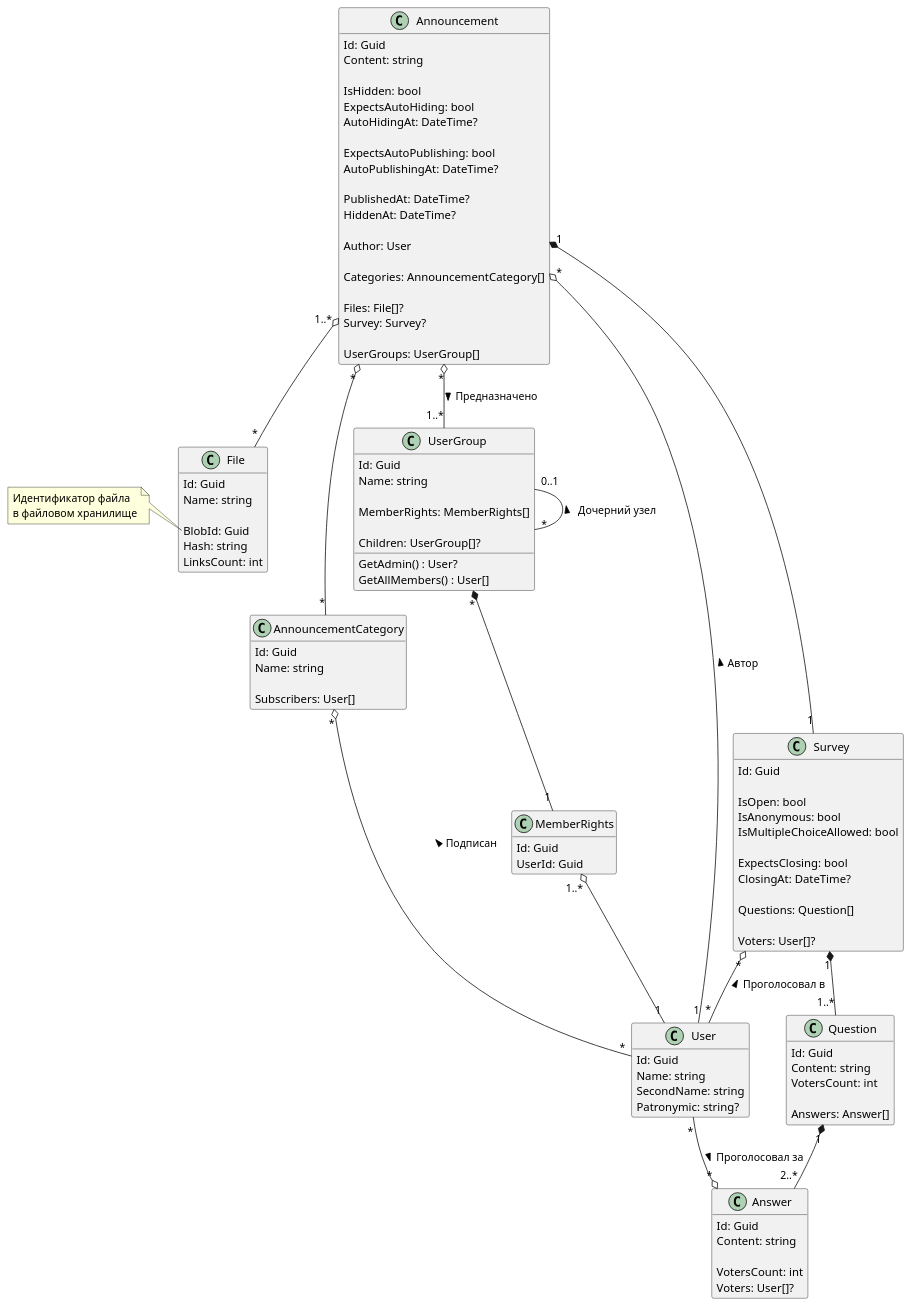
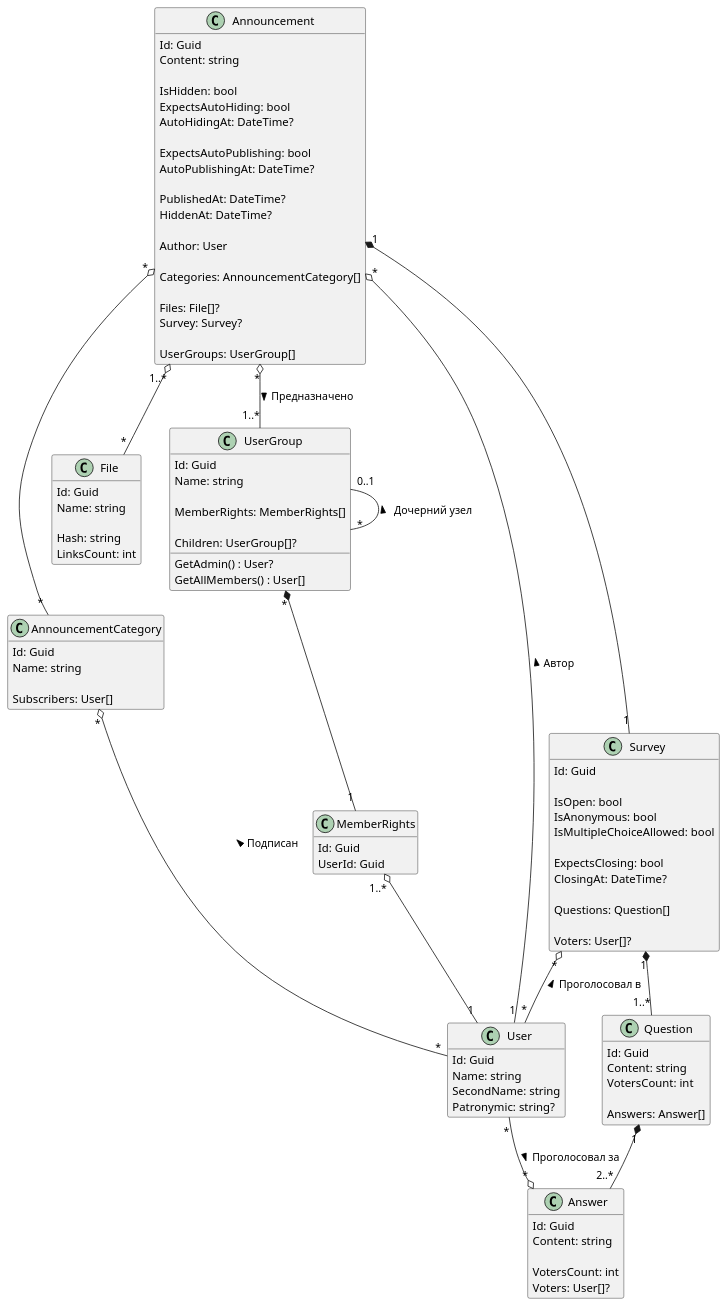
One commit to astu-app/ASTU-Bulletin-Board-Server changed the diagram in doc/Диаграммы/class.puml. Above: the diagram before and after it, drawn with PlantUML.

Commit message:
удалил BlobId за ненадобностью, так как для идентификации файла в файловом хранилище файл достаточно его основного id

```diff
--- a/doc/Диаграммы/class.puml
+++ b/doc/Диаграммы/class.puml
@@ -1,136 +1,131 @@
 @startuml
 'https://plantuml.com/class-diagram
 
 'left to right direction
 
 'hide members
 hide methods
 
 'class AnnouncementsController 
 'class AnnouncementService
 'AnnouncementsController -- AnnouncementService
 '
 'class SurveysController
 'class SurveyService
 'SurveysController -- SurveyService
 
 class Announcement {
     Id: Guid
     Content: string
     
     IsHidden: bool    
     ExpectsAutoHiding: bool
     AutoHidingAt: DateTime?
     
     ExpectsAutoPublishing: bool
     AutoPublishingAt: DateTime?
     
     PublishedAt: DateTime?
     HiddenAt: DateTime?
     
     Author: User
     
     Categories: AnnouncementCategory[]
     
     Files: File[]?
     Survey: Survey?
     
     UserGroups: UserGroup[]
 }
 
 class AnnouncementCategory {
     Id: Guid
     Name: string
     
     Subscribers: User[]
 }
 Announcement "*" o-- "*" AnnouncementCategory
 
 class File {
     Id: Guid
     Name: string
     
-    BlobId: Guid 
     Hash: string
     LinksCount: int
 }
 Announcement "1..*" o-- "*" File
-note left of File::BlobId
-    Идентификатор файла 
-    в файловом хранилище
-end note
 
 class UserGroup {
     Id: Guid
     Name: string
     
 '    Admin: User?
     MemberRights: MemberRights[]
     
     Children: UserGroup[]?
     
     GetAdmin() : User?
     GetAllMembers() : User[]
 }
 show UserGroup methods
 UserGroup "0..1" -- "*" UserGroup : < Дочерний узел
 Announcement "*" o-- "1..*" UserGroup : > Предназначено
 
 class MemberRights {
     Id: Guid
     UserId: Guid
     ' todo продумать права
 }
 UserGroup "*" *-- "1" MemberRights
 
 class User {
     Id: Guid
     Name: string
     SecondName: string
     Patronymic: string?
 }
 'UserGroup "*" o-- "0..1" User : < Админ
 MemberRights "1..*" o-- "1" User
 Announcement "*" o-- "1" User : < Автор
 AnnouncementCategory "*" o-- "*" User : < Подписан
 Survey "*" o-- "*" User : < Проголосовал в 
 
 class Survey {
     Id: Guid
     
     IsOpen: bool
     IsAnonymous: bool
     IsMultipleChoiceAllowed: bool
     
     ExpectsClosing: bool
     ClosingAt: DateTime?
     
     Questions: Question[]
     
     Voters: User[]?
 }
 Announcement "1" *-- "1" Survey
 'User "*" -- "*" Survey
 
 class Question {
     Id: Guid
     Content: string
     VotersCount: int
     
     Answers: Answer[]
 }
 Survey "1" *-- "1..*" Question
 
 class Answer {
     Id: Guid
     Content: string
     
     VotersCount: int
     Voters: User[]?
 }
 Question "1" *-- "2..*" Answer
 User "*" --o "*" Answer : > Проголосовал за
 
 
 
 @enduml
```
